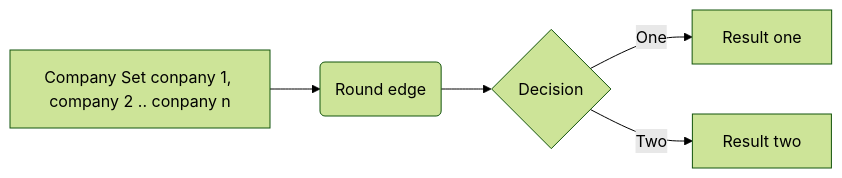
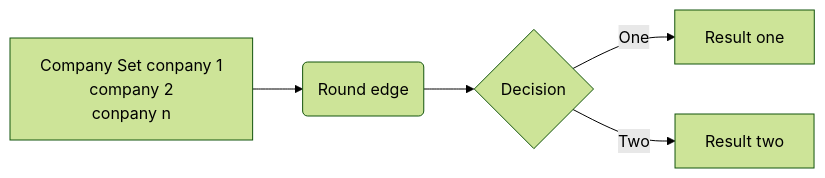
Before and after one commit to codersyacht/maximo-knowledge-center: the diagram in maximo/set-up.md, drawn with Mermaid (forest theme).

Commit message:
set-up.md

````diff
--- a/maximo/set-up.md
+++ b/maximo/set-up.md
@@ -65,7 +65,7 @@
 ```mermaid
 graph LR
-A[Company Set conpany 1, company 2 .. conpany n] -->B(Round edge)
+A[Company Set conpany 1 <br >company 2 <br> conpany n] -->B(Round edge)
     B --> C{Decision}
     C -->|One| D[Result one]
     C -->|Two| E[Result two]
 ```
````
